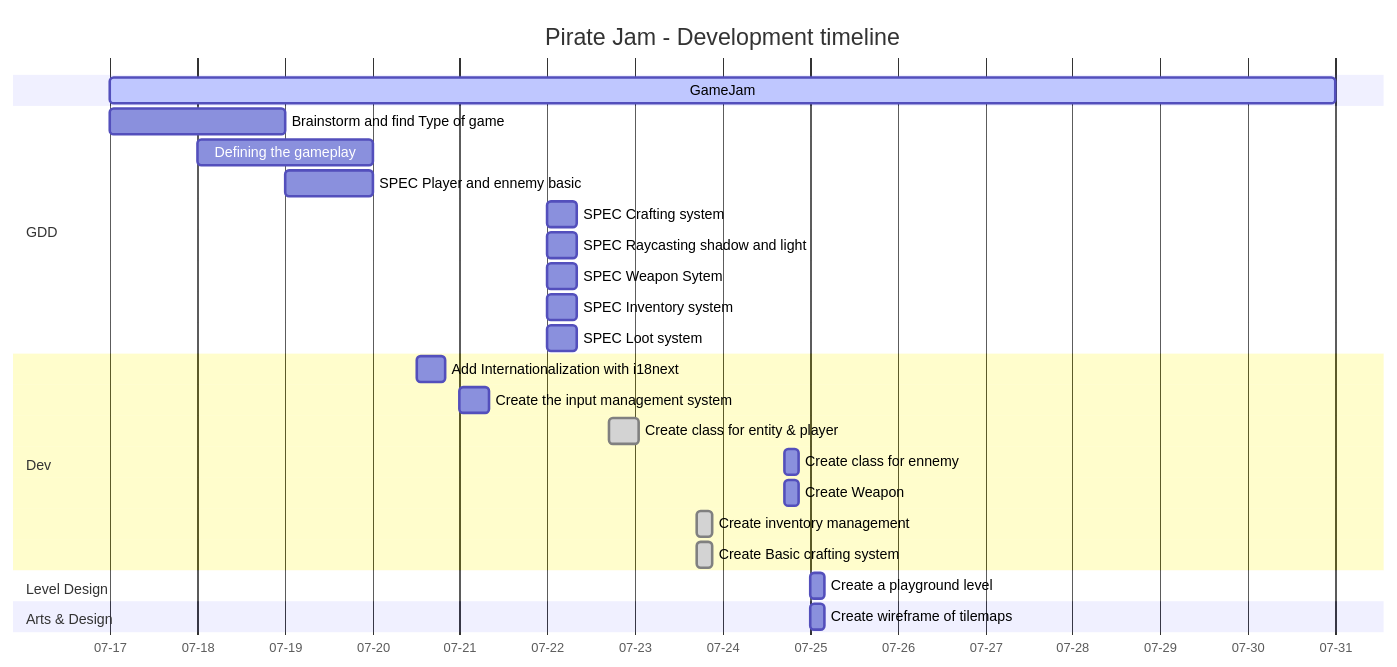
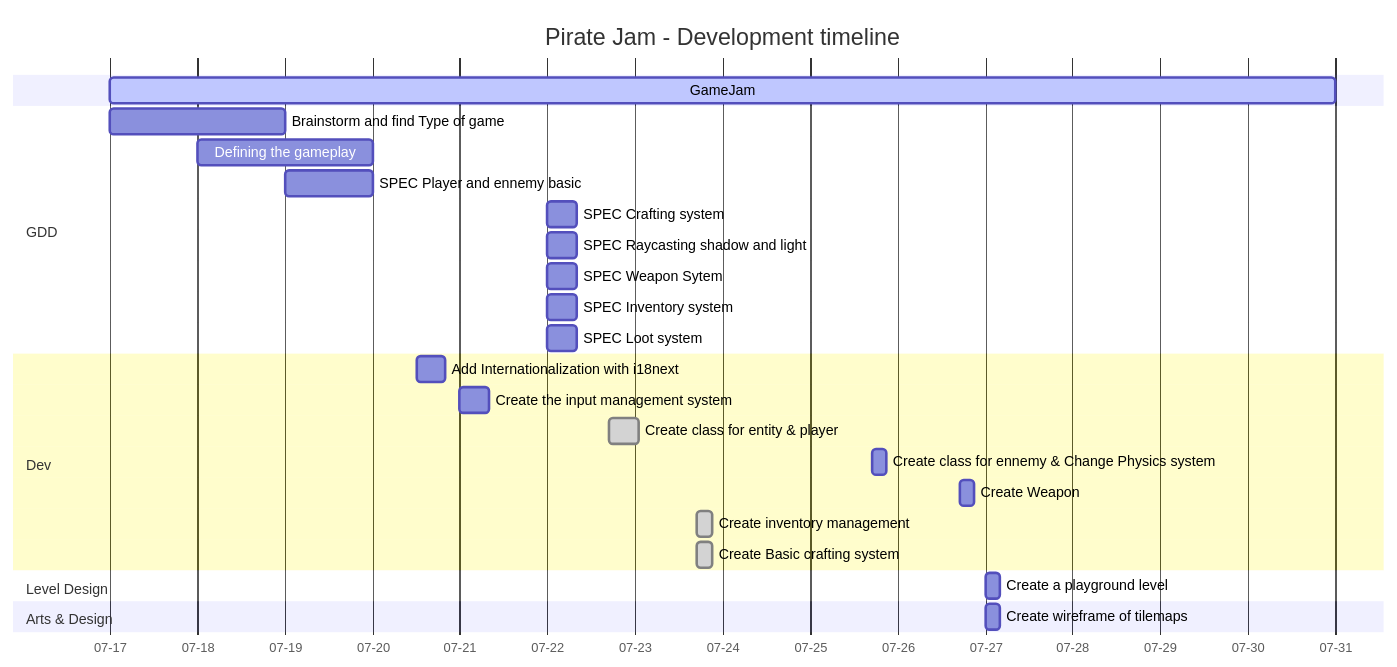
The second of 4 diagrams in docs/Pirate Jam/Game Design Document.md (platypus-production/Pirate-GJ-15), drawn with Mermaid before and after one commit. The commit also changed 1 other file, not shown here.

Commit message:
UPDATE: GDD

````diff
--- a/docs/Pirate Jam/Game Design Document.md
+++ b/docs/Pirate Jam/Game Design Document.md
@@ -140,37 +140,37 @@
 ```mermaid
 gantt
 title Pirate Jam - Development timeline
 dateFormat YYYY-MM-DD-HH
 axisFormat %m-%d
 GameJam :active, 2024-07-17, 14d
 
 section GDD
 Brainstorm and find Type of game :done GDD0, 2024-07-17, 2d 
 Defining the gameplay :done after GDD1 GDD2, 2024-07-18, 2d
 SPEC Player and ennemy basic :done GDD3, 2024-07-19, 1d
 SPEC Crafting system :crit GDD5, 2024-07-22, 8h
 SPEC Raycasting shadow and light :done GDD4, 2024-07-22, 8h
 SPEC Weapon Sytem :done GDD6, 2024-07-22, 8h
 SPEC Inventory system :done GDD7, 2024-07-22, 8h
 SPEC Loot system :done GDD8, 2024-07-22, 8h
 
 section Dev
 Add Internationalization with i18next :done DEV0, 2024-07-20-12, 8h
 Create the input management system :done after DEV0 DEV1, 2024-07-21, 8h
 Create class for entity & player :done, 2024-07-22-17, 8h 
-Create class for ennemy :,2024-07-24-17, 4h
-Create Weapon :, 2024-07-24-17, 4h
+Create class for ennemy & Change Physics system :sone,2024-07-25-17, 4h
+Create Weapon :, 2024-07-26-17, 4h
 Create inventory management :done, 2024-07-23-17, 4h
 Create Basic crafting system :done, 2024-07-23-17, 4h
 
 section Level Design
-Create a playground level :, 2024-07-25, 4h
+Create a playground level :, 2024-07-27, 4h
 
 section Arts & Design
-Create wireframe of tilemaps :, 2024-07-25, 4h
+Create wireframe of tilemaps :, 2024-07-27, 4h
 
 section UX/UI
 
 section Music & Sound
 
 ```
````
